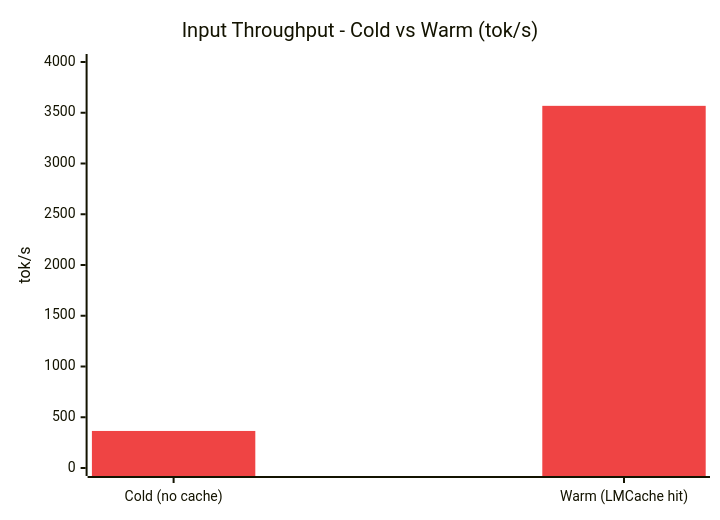
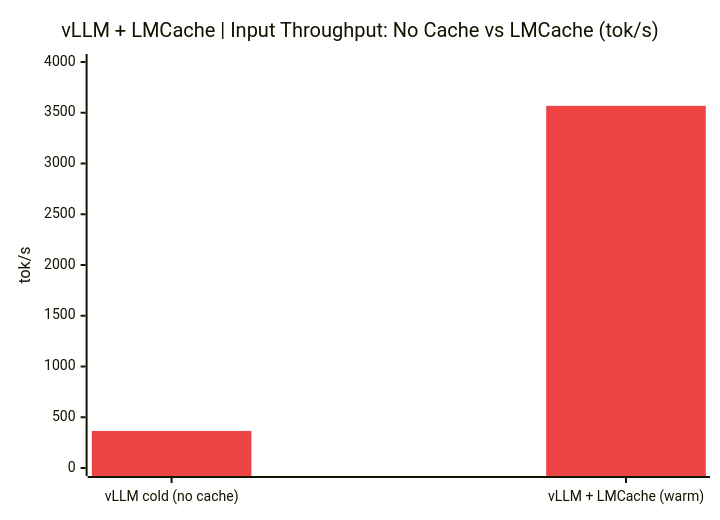
The second of 4 diagrams in README.md (umianta/lmcache-vllm), drawn with Mermaid before and after one commit. The commit also changed other lines of this file, not shown here.

Commit message:
Update README: colorful Mermaid charts with vLLM + LMCache branding

````diff
--- a/README.md
+++ b/README.md
@@ -240,8 +240,8 @@
 ```mermaid
 %%{init: {'theme': 'base', 'themeVariables': {'xyChart': {'plotColorPalette': '#ef4444,#22c55e'}}}}%%
 xychart-beta
-    title "Input Throughput - Cold vs Warm (tok/s)"
-    x-axis ["Cold (no cache)", "Warm (LMCache hit)"]
+    title "vLLM + LMCache | Input Throughput: No Cache vs LMCache (tok/s)"
+    x-axis ["vLLM cold (no cache)", "vLLM + LMCache (warm)"]
     y-axis "tok/s" 0 --> 4000
     bar [365, 3568]
 ```
````
